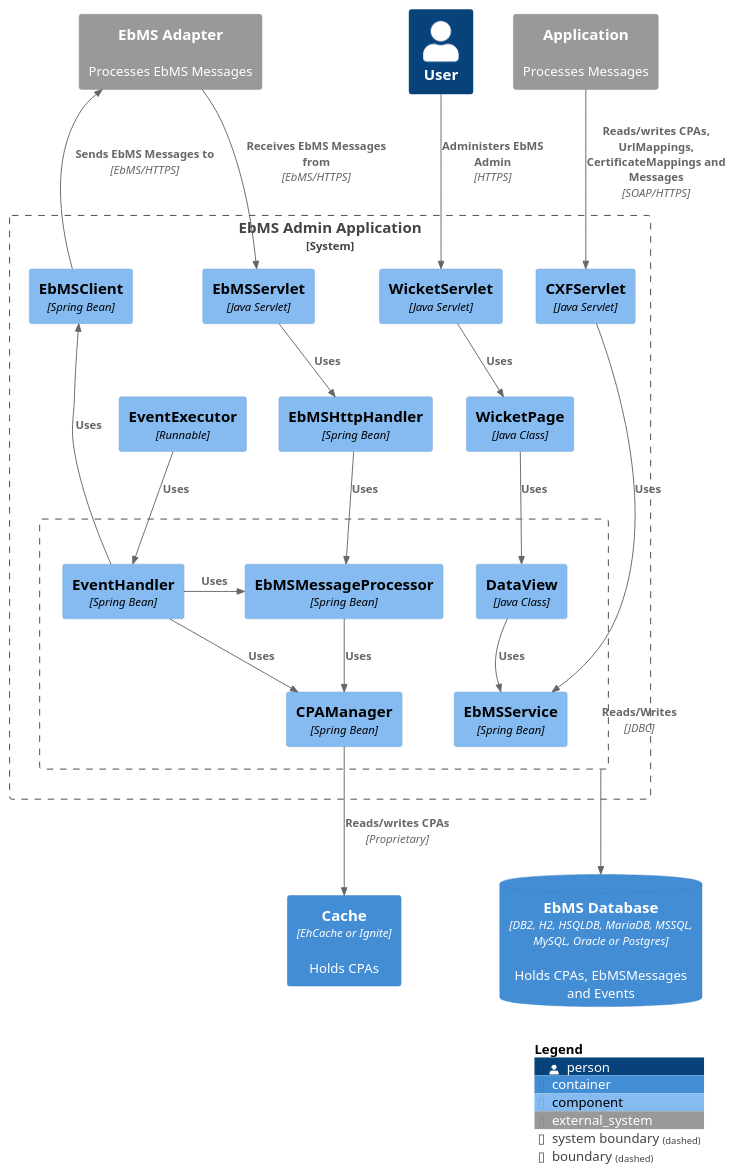
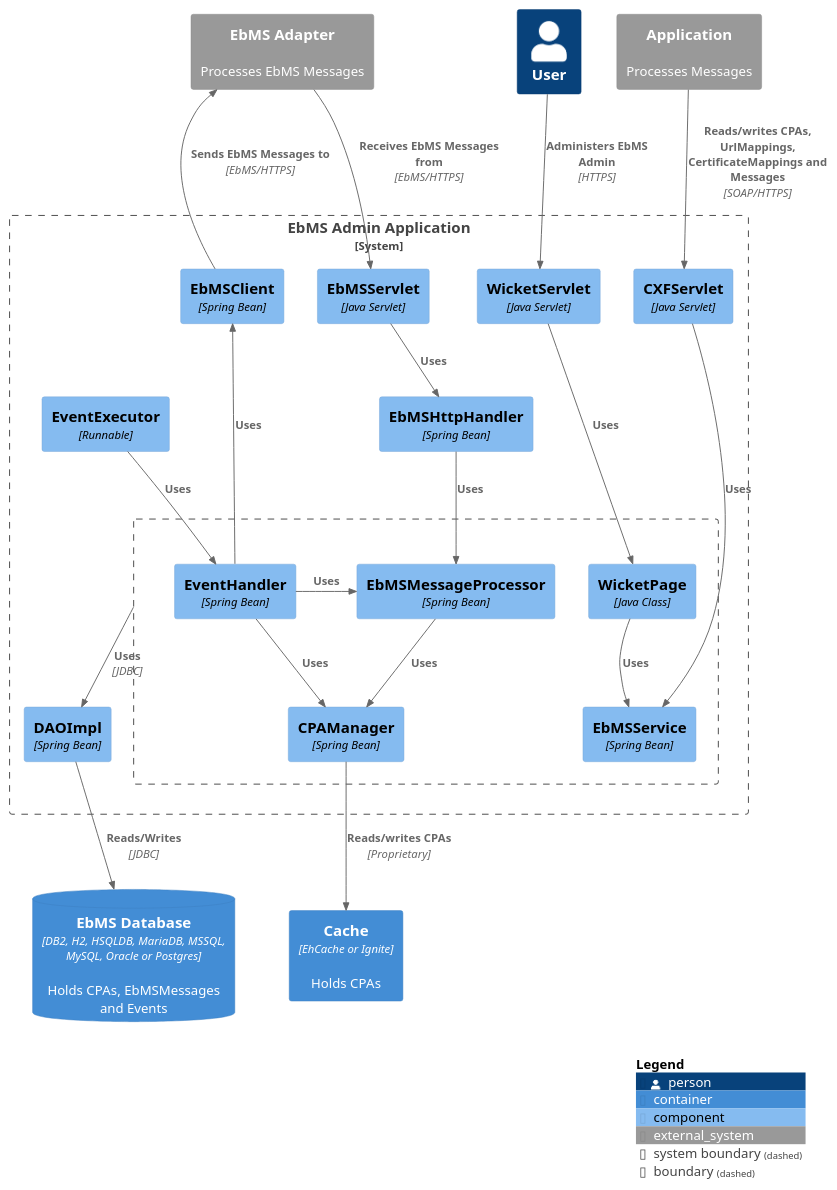
Before and after one commit to eluinstra/ebms-admin: the diagram in assets/images/EbMS Adapter Component Diagram.plantuml, drawn with PlantUML. The commit also changed 2 other files, not shown here.

```diff
--- a/assets/images/EbMS Adapter Component Diagram.plantuml
+++ b/assets/images/EbMS Adapter Component Diagram.plantuml
@@ -1,63 +1,66 @@
 @startuml
 ' !include <C4/C4_Component>
 !include https://raw.githubusercontent.com/plantuml-stdlib/C4-PlantUML/master/C4_Component.puml
 
 Person(user, "User")
 System_Ext(application, "Application", "Processes Messages")
 System_Boundary(ebmsAdmin, "EbMS Admin Application") {
   Component(soapServlet, "CXFServlet", "Java Servlet")
   Component(wicketServlet, "WicketServlet", "Java Servlet")
   Component(eventExecutor, "EventExecutor", "Runnable")
   Component(ebMSHttpHandler, "EbMSHttpHandler", "Spring Bean")
-  Component(wicketPage, "WicketPage", "Java Class")
   Boundary(business, " ") {
-    Component(wicketDataView, "DataView", "Java Class")
+    Component(wicketPage, "WicketPage", "Java Class")
     Component(ebMSService, "EbMSService", "Spring Bean")
     Component(ebmsMessageProcessor, "EbMSMessageProcessor", "Spring Bean")
     Component(eventHandler, "EventHandler", "Spring Bean")
     Component(cpaManager, "CPAManager", "Spring Bean")
     ' Component(eventManager, "EventManager", "Spring Bean")
+    ' UrlManager
+    ' CertificateManager
+    ' EbMSService uses CPAManager???
   }
   Component(ebmsServlet, "EbMSServlet", "Java Servlet")
   Component(ebmsClient, "EbMSClient", "Spring Bean")
+  Component(dao, "DAOImpl", "Spring Bean")
   ' Component(messageEventListener, "MessageEventListener", "Spring Bean")
 }
 ContainerDb(database, "EbMS Database", "DB2, H2, HSQLDB, MariaDB, MSSQL, MySQL, Oracle or Postgres", "Holds CPAs, EbMSMessages and Events")
 Container(cache, "Cache", "EhCache or Ignite", "Holds CPAs")
 ' ContainerQueue(queue, "Queue", "ActiveMQ", "Holds Events")
 System_Ext(ebmsAdapterA, "EbMS Adapter", "Processes EbMS Messages")
 
 Rel(user, wicketServlet, "Administers EbMS Admin", "HTTPS")
 Rel(wicketServlet, wicketPage, "Uses")
-Rel(business, database, "Reads/Writes", "JDBC")
+Rel(business, dao, "Uses", "JDBC")
+Rel(dao, database, "Reads/Writes", "JDBC")
 ' Rel(wicketPage, database, "Reads", "JDBC")
-Rel(wicketPage, wicketDataView, "Uses")
-Rel(wicketDataView, ebMSService, "Uses")
+Rel(wicketPage, ebMSService, "Uses")
 Rel(application, soapServlet, "Reads/writes CPAs, UrlMappings, CertificateMappings and Messages", "SOAP/HTTPS")
 Rel(soapServlet, ebMSService, "Uses")
 ' Rel(ebMSService, database, "Reads/writes", "JDBC")
 ' Rel(ebmsMessageProcessor, database, "Reads/writes", "JDBC")
 Rel(ebmsMessageProcessor, cpaManager, "Uses")
 ' Rel(cpaManager, database, "Reads CPAs", "JDBC")
 Rel(cpaManager, cache, "Reads/writes CPAs", "Proprietary")
 ' Rel_L(ebmsMessageProcessor, queue, "Reads/writes")
 Rel(eventExecutor, eventHandler, "Uses")
 Rel_L(eventHandler, ebmsMessageProcessor, "Uses")
 Rel(eventHandler, cpaManager, "Uses")
 Rel_U(eventHandler, ebmsClient, "Uses")
 ' Rel(eventHandler, database, "Reads/writes", "JDBC")
 Rel_U(ebmsClient, ebmsAdapterA, "Sends EbMS Messages to", "EbMS/HTTPS")
 Rel(ebMSHttpHandler, ebmsMessageProcessor, "Uses")
 Rel(ebmsServlet, ebMSHttpHandler, "Uses")
 ' Rel_D(ebmsServlet, ebmsMessageProcessor, "Uses")
 Rel_D(ebmsAdapterA, ebmsServlet, "Receives EbMS Messages from", "EbMS/HTTPS")
 
 ' Lay_R(user, application)
-Lay_L(wicketServlet, soapServlet)
-Lay_D(cpaManager, database)
-Lay_R(ebmsServlet, ebmsClient)
-' Lay_R(ebMSService, wicketDataView)
+Lay_D(business, database)
+Lay_L(ebmsServlet, ebmsClient)
+Lay_D(wicketServlet, ebMSHttpHandler)
+Lay_R(wicketServlet, soapServlet)
 ' Lay_L(cpaManager, ebmsServlet)
 
 SHOW_DYNAMIC_LEGEND()
 @enduml
```
